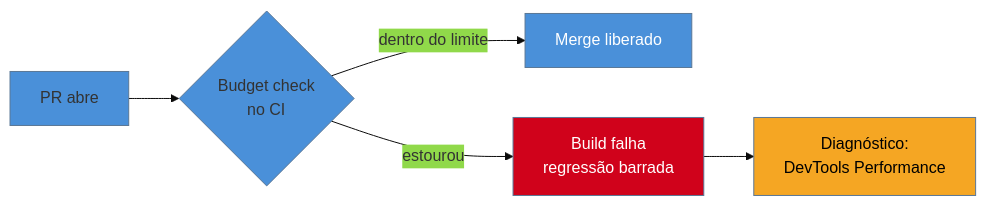
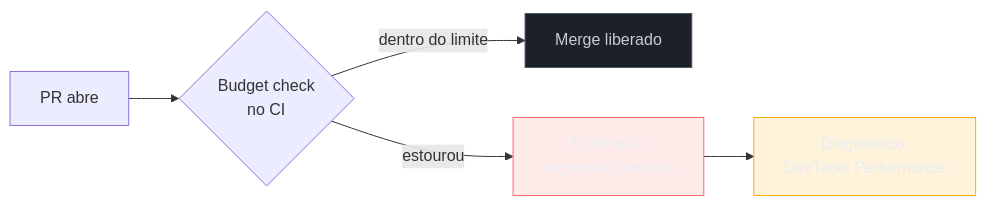
The diagram in 03-Dominios/Tecnologia/Web Performance/Medição e Core Web Vitals/08 - Performance budgets e diagnóstico.md (josenaldo/codex-technomanticus), drawn with Mermaid before and after one commit. The commit also changed 1181 other files, not shown here.

First line of the commit message:
fix(diagramas): paleta do sistema no lugar de cor cravada no markdown

````diff
--- a/03-Dominios/Tecnologia/Web Performance/Medição e Core Web Vitals/08 - Performance budgets e diagnóstico.md
+++ b/03-Dominios/Tecnologia/Web Performance/Medição e Core Web Vitals/08 - Performance budgets e diagnóstico.md
@@ -37,11 +37,13 @@
 ```mermaid
-%%{init: {"theme": "base", "themeVariables": {"primaryColor": "#4A90D9"}}}%%
 graph LR
+    classDef neutro fill:#1B2029,stroke:#4E5666,color:#C6CCD8
+    classDef falha fill:#FF6B6B24,stroke:#FF6B6B,color:#E9ECF2
+    classDef destaque fill:#FFAA0024,stroke:#FFAA00,color:#E9ECF2
     A[PR abre] --> B{Budget check<br/>no CI}
     B -->|dentro do limite| C[Merge liberado]
     B -->|estourou| D[Build falha<br/>regressão barrada]
     D --> E[Diagnóstico:<br/>DevTools Performance]
-    style C fill:#4A90D9,color:#fff
-    style D fill:#D0021B,color:#fff
-    style E fill:#F5A623,color:#000
+    class C neutro
+    class D falha
+    class E destaque
 ```
````
